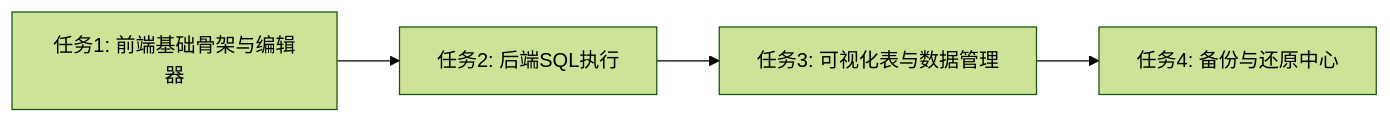
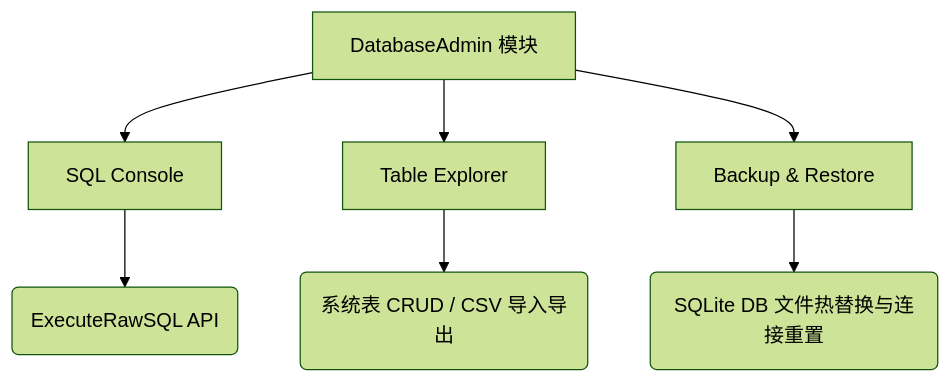
One commit to sun977/TagMatrix changed the diagram in docs/TagMatrix/dataAdmin/TASK_DatabaseAdmin.md. Above: the diagram before and after it, drawn with Mermaid (forest theme). The commit also changed other lines of this file and 2 other files, not shown here.

````diff
--- a/docs/TagMatrix/dataAdmin/TASK_DatabaseAdmin.md
+++ b/docs/TagMatrix/dataAdmin/TASK_DatabaseAdmin.md
@@ -69,6 +39,9 @@
 ```mermaid
-graph LR
-    A[任务1: 前端基础骨架与编辑器] --> B[任务2: 后端SQL执行]
-    B --> C[任务3: 可视化表与数据管理]
-    C --> D[任务4: 备份与还原中心]
+graph TD
+    A[DatabaseAdmin 模块] --> B[SQL Console]
+    A --> C[Table Explorer]
+    A --> D[Backup & Restore]
+    B --> E(ExecuteRawSQL API)
+    C --> F(系统表 CRUD / CSV 导入导出)
+    D --> G(SQLite DB 文件热替换与连接重置)
 ```
````
